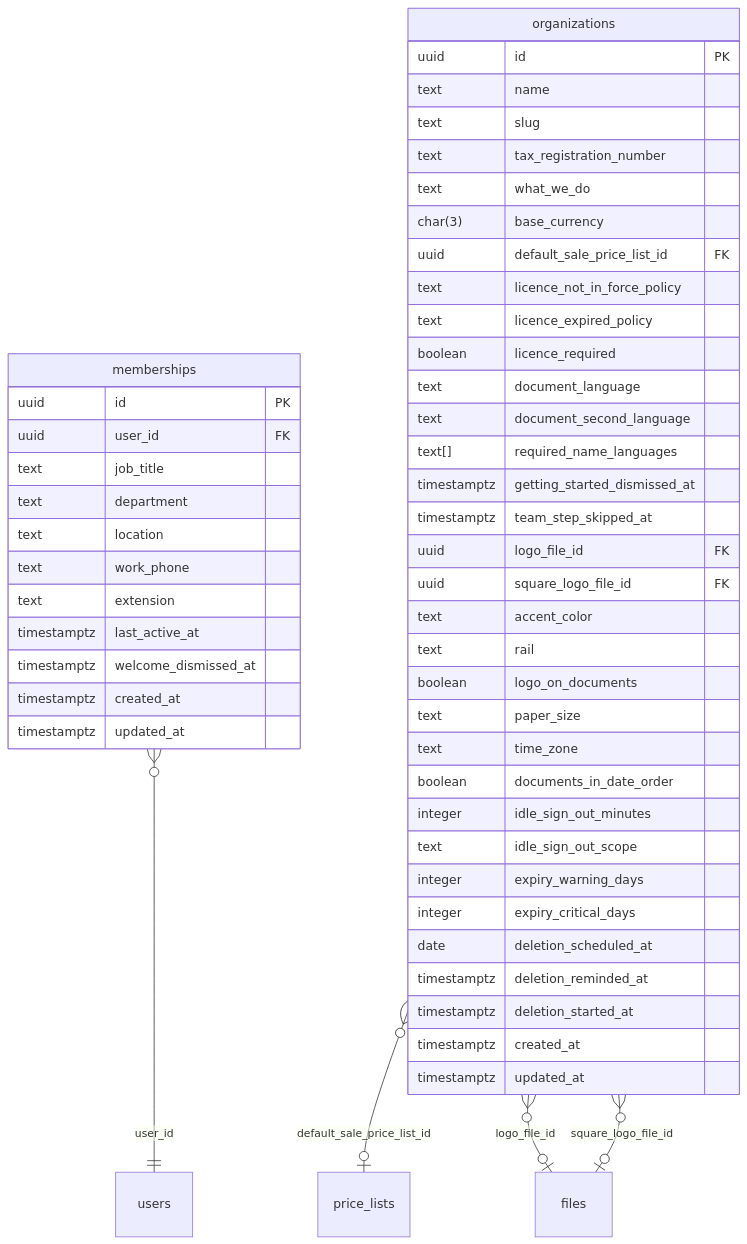
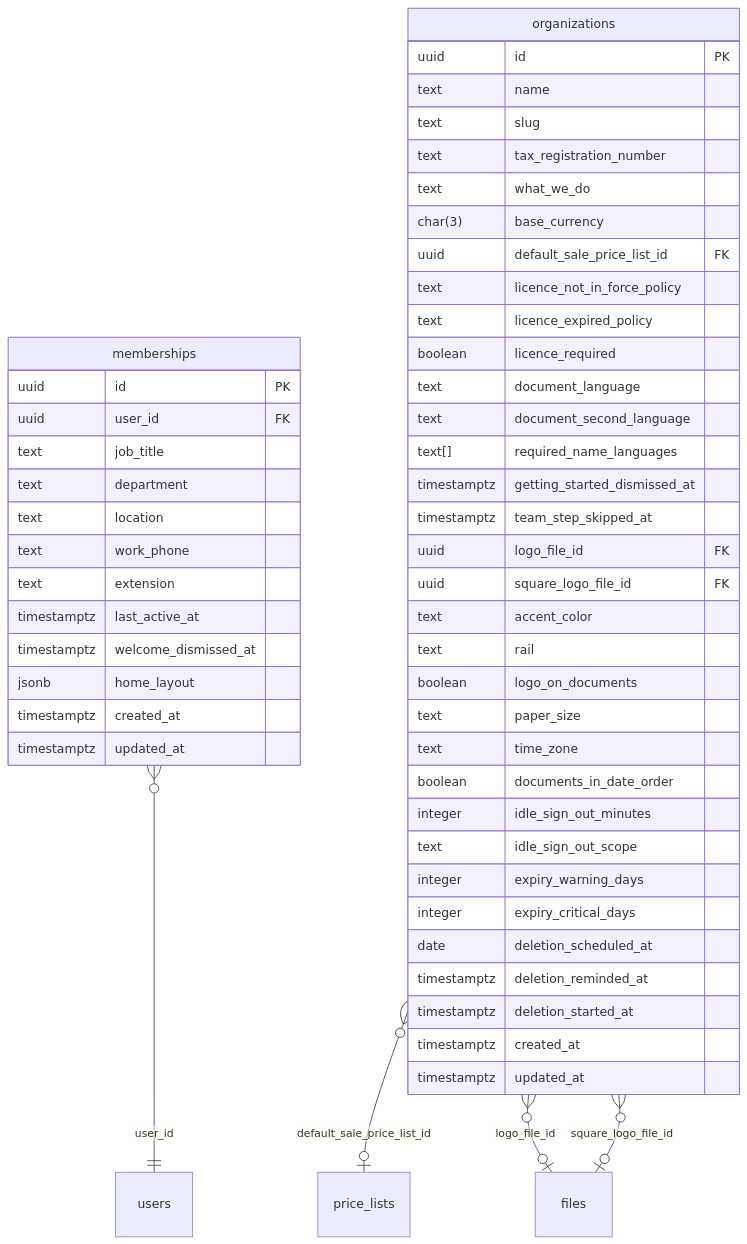
One commit to Zhenzhong-Zhou/web-app-foundation changed the diagram in docs/tables/organizations.md. Above: the diagram before and after it, drawn with Mermaid. The commit also changed 20 other files, not shown here.

````diff
--- a/docs/tables/organizations.md
+++ b/docs/tables/organizations.md
@@ -7,54 +7,55 @@
 ```mermaid
 erDiagram
   memberships {
     uuid id PK
     uuid user_id FK
     text job_title
     text department
     text location
     text work_phone
     text extension
     timestamptz last_active_at
     timestamptz welcome_dismissed_at
+    jsonb home_layout
     timestamptz created_at
     timestamptz updated_at
   }
   organizations {
     uuid id PK
     text name
     text slug
     text tax_registration_number
     text what_we_do
     char(3) base_currency
     uuid default_sale_price_list_id FK
     text licence_not_in_force_policy
     text licence_expired_policy
     boolean licence_required
     text document_language
     text document_second_language
     text[] required_name_languages
     timestamptz getting_started_dismissed_at
     timestamptz team_step_skipped_at
     uuid logo_file_id FK
     uuid square_logo_file_id FK
     text accent_color
     text rail
     boolean logo_on_documents
     text paper_size
     text time_zone
     boolean documents_in_date_order
     integer idle_sign_out_minutes
     text idle_sign_out_scope
     integer expiry_warning_days
     integer expiry_critical_days
     date deletion_scheduled_at
     timestamptz deletion_reminded_at
     timestamptz deletion_started_at
     timestamptz created_at
     timestamptz updated_at
   }
   memberships }o--|| users : "user_id"
   organizations }o--o| price_lists : "default_sale_price_list_id"
   organizations }o--o| files : "logo_file_id"
   organizations }o--o| files : "square_logo_file_id"
 ```
````
